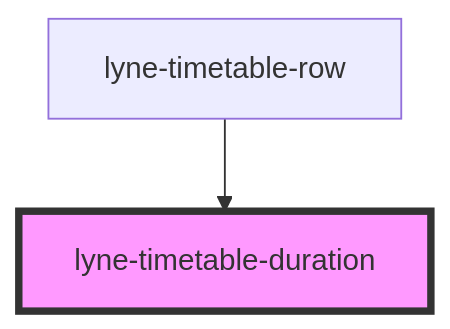
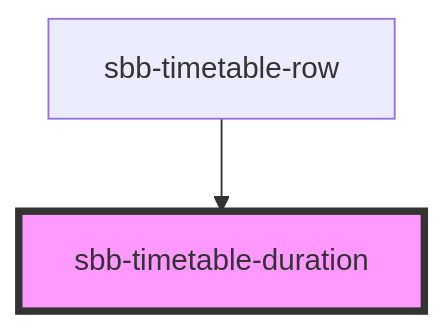
One commit to sbb-design-systems/lyne-components changed the diagram in src/components/sbb-timetable-duration/readme.md. Above: the diagram before and after it, drawn with Mermaid. The commit also changed other lines of this file and 348 other files, not shown here.

Commit message:
refactor: 'lyne' prefix renamed to 'sbb'

````diff
--- a/src/components/sbb-timetable-duration/readme.md
+++ b/src/components/sbb-timetable-duration/readme.md
@@ -23,5 +23,5 @@
 ```mermaid
 graph TD;
-  lyne-timetable-row --> lyne-timetable-duration
-  style lyne-timetable-duration fill:#f9f,stroke:#333,stroke-width:4px
+  sbb-timetable-row --> sbb-timetable-duration
+  style sbb-timetable-duration fill:#f9f,stroke:#333,stroke-width:4px
 ```
````
